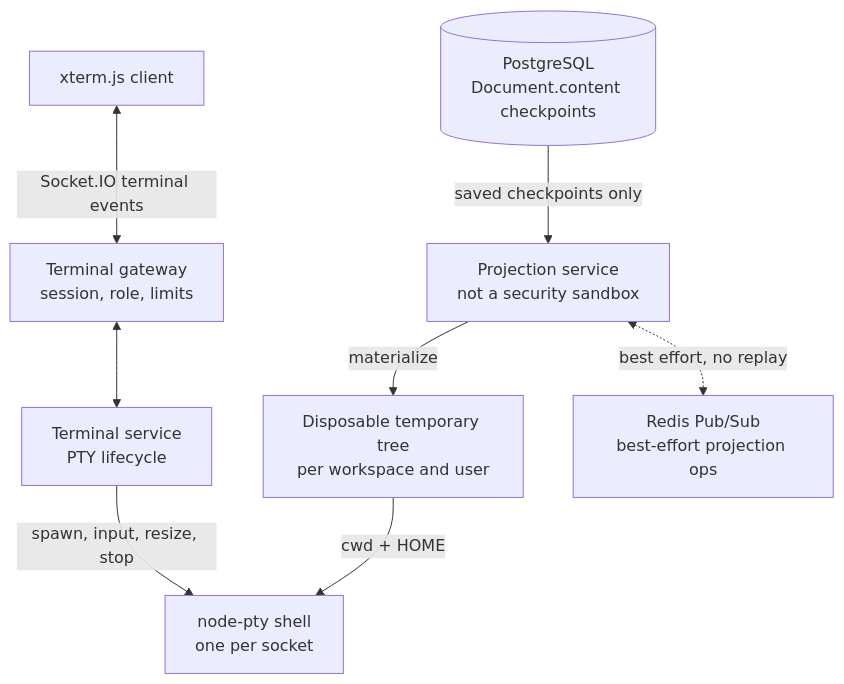
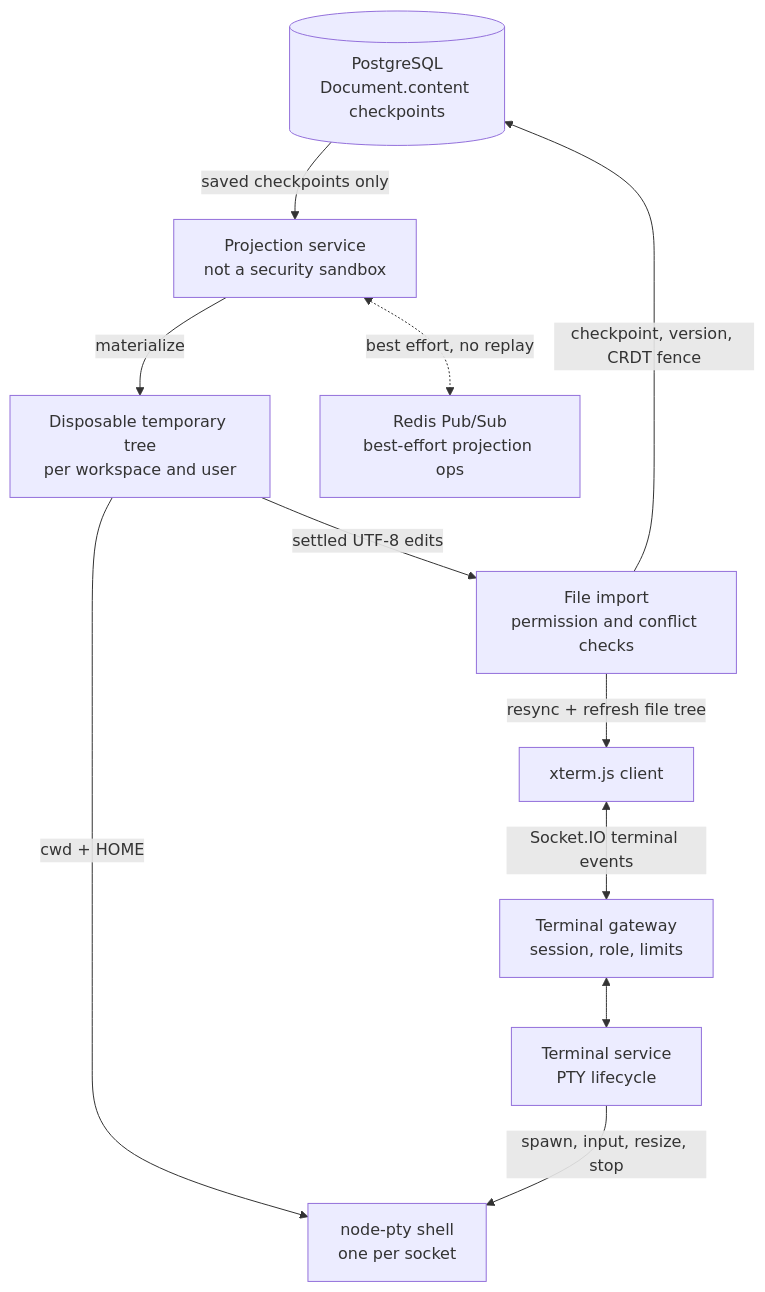
One commit to santinomarial/Meridian changed the diagram in docs/diagrams/source/terminal-projection.mmd. Above: the diagram before and after it, drawn with Mermaid. The commit also changed 22 other files, not shown here.

```diff
--- a/docs/diagrams/source/terminal-projection.mmd
+++ b/docs/diagrams/source/terminal-projection.mmd
@@ -1,17 +1,20 @@
 flowchart TB
     Browser["xterm.js client"]
     Gateway["Terminal gateway<br/>session, role, limits"]
     Service["Terminal service<br/>PTY lifecycle"]
     DB[("PostgreSQL<br/>Document.content checkpoints")]
     Projection["Projection service<br/>not a security sandbox"]
     Temp["Disposable temporary tree<br/>per workspace and user"]
     PTY["node-pty shell<br/>one per socket"]
     Redis["Redis Pub/Sub<br/>best-effort projection ops"]
 
     Browser <-->|"Socket.IO terminal events"| Gateway
     Gateway <--> Service
     Service -->|"spawn, input, resize, stop"| PTY
     DB -->|"saved checkpoints only"| Projection
     Projection -->|"materialize"| Temp
     Temp -->|"cwd + HOME"| PTY
     Projection <-.->|"best effort, no replay"| Redis
+    Temp -->|"settled UTF-8 edits"| Import["File import<br/>permission and conflict checks"]
+    Import -->|"checkpoint, version, CRDT fence"| DB
+    Import -->|"resync + refresh file tree"| Browser
```
